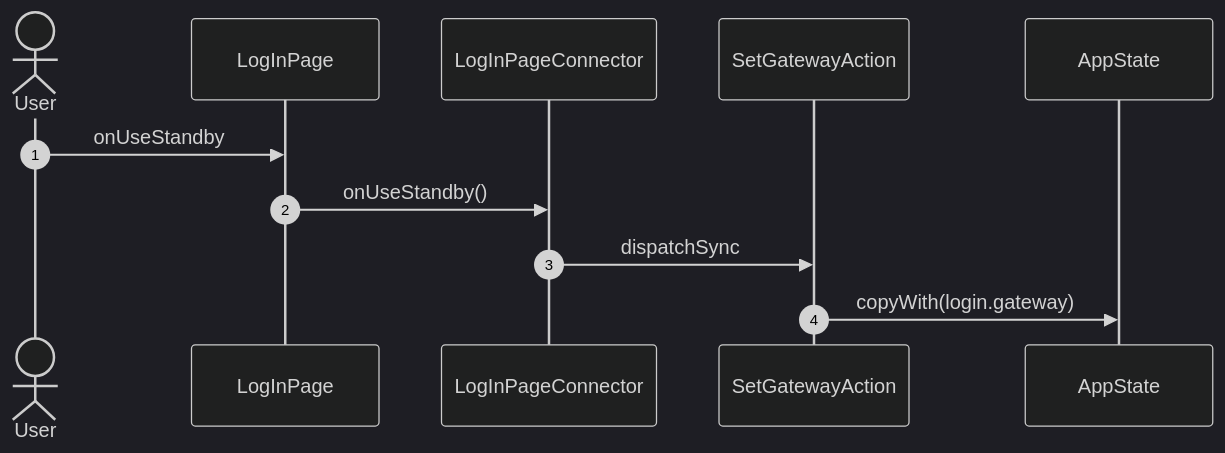
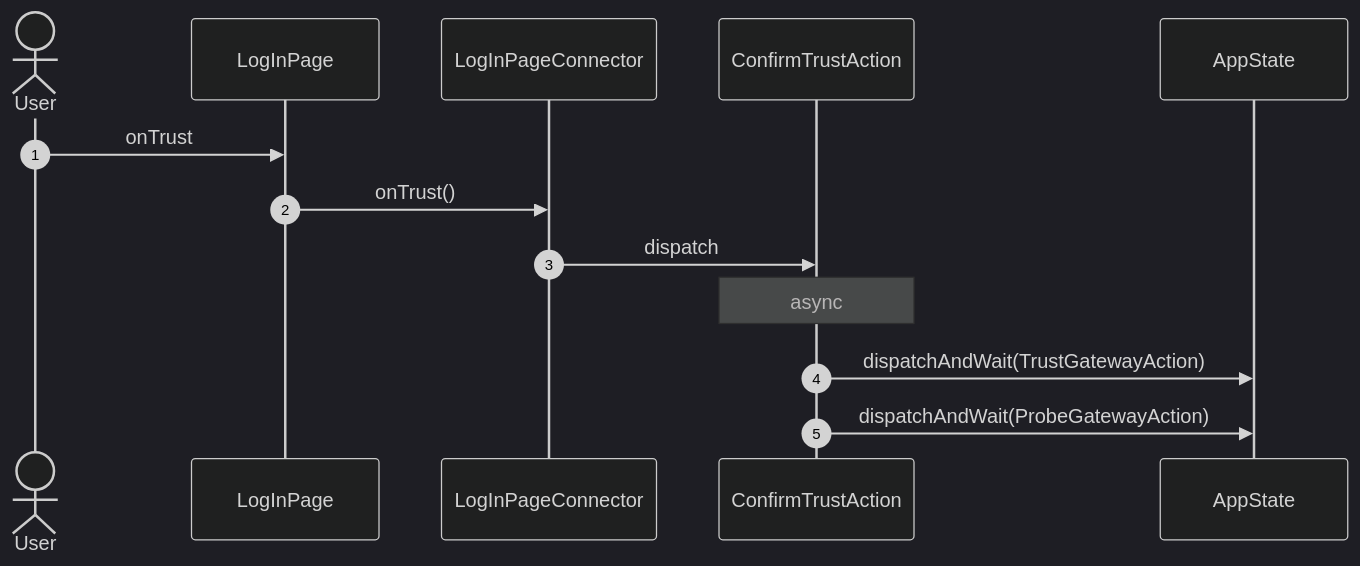
Before and after one commit to gencto/wyrm: diagram 11 of 19 in studio/docs/flows/logIn.md, drawn with Mermaid (dark theme). The commit also changed other lines of this file and 90 other files, not shown here.

````diff
--- a/studio/docs/flows/logIn.md
+++ b/studio/docs/flows/logIn.md
@@ -140,14 +216,16 @@
 ```mermaid
 sequenceDiagram
     autonumber
     actor User
     participant UI as LogInPage
     participant VM as LogInPageConnector
-    participant A1 as SetGatewayAction
+    participant A1 as ConfirmTrustAction
     participant ST as AppState
 
-    User->>UI: onUseStandby
-    UI->>VM: onUseStandby()
-    VM->>A1: dispatchSync
-    A1->>ST: copyWith(login.gateway)
+    User->>UI: onTrust
+    UI->>VM: onTrust()
+    VM->>A1: dispatch
+    Note over A1: async
+    A1->>ST: dispatchAndWait(TrustGatewayAction)
+    A1->>ST: dispatchAndWait(ProbeGatewayAction)
 ```
````
